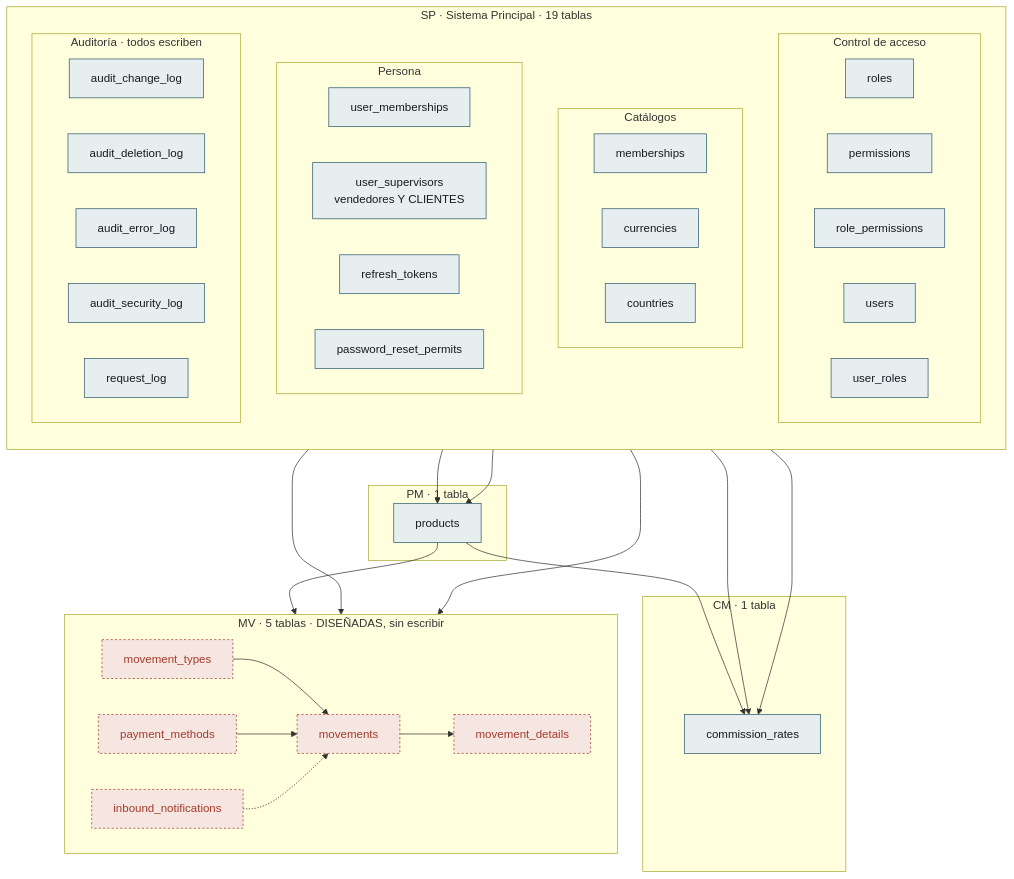
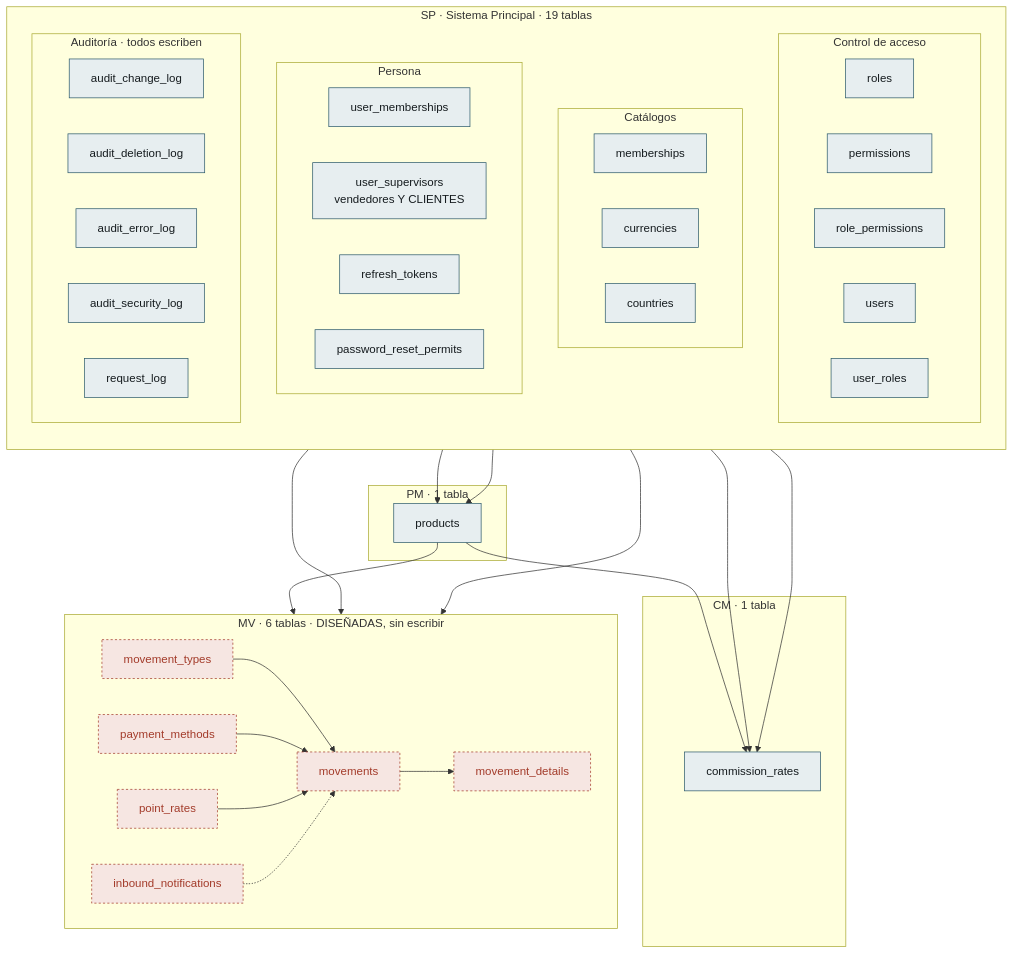
Before and after one commit to NexusPro-Dev/backend: the fifth of 5 diagrams in docs/modelo-datos.md, drawn with Mermaid. The commit also changed other lines of this file and 1 other file, not shown here.

````diff
--- a/docs/modelo-datos.md
+++ b/docs/modelo-datos.md
@@ -463,70 +477,72 @@
 ```mermaid
 flowchart TB
     subgraph SP["SP · Sistema Principal · 19 tablas"]
         direction TB
         subgraph ACC["Control de acceso"]
             direction LR
             A1["roles"]
             A2["permissions"]
             A3["role_permissions"]
             C1["users"]
             C2["user_roles"]
         end
         subgraph CAT["Catálogos"]
             direction LR
             A4["memberships"]
             A5["currencies"]
             A6["countries"]
         end
         subgraph PER["Persona"]
             direction LR
             C6["user_memberships"]
             C4["user_supervisors<br/>vendedores Y CLIENTES"]
             C3["refresh_tokens"]
             C5["password_reset_permits"]
         end
         subgraph AUD["Auditoría · todos escriben"]
             direction LR
             B1["audit_change_log"]
             B2["audit_deletion_log"]
             B3["audit_error_log"]
             B4["audit_security_log"]
             OBS["request_log"]
         end
     end
 
     subgraph PM["PM · 1 tabla"]
         P1["products"]
     end
 
     subgraph CM["CM · 1 tabla"]
         M1["commission_rates"]
     end
 
-    subgraph MV["MV · 5 tablas · DISEÑADAS, sin escribir"]
+    subgraph MV["MV · 6 tablas · DISEÑADAS, sin escribir"]
         direction LR
         V1["movement_types"]
         V2["movements"]
         V5["movement_details"]
         V3["payment_methods"]
+        V6["point_rates"]
         V4["inbound_notifications"]
     end
 
     A4 --> P1
     A5 --> P1
     A1 --> M1
     P1 --> M1
     C1 --> M1
     V2 --> V5
     P1 --> V5
     C1 --> V2
     A5 --> V2
     V1 --> V2
     V3 --> V2
+    V6 --> V2
     V4 -.-> V2
 
     classDef escrita fill:#e7eef0,stroke:#2d5a6b,color:#151b1e
     classDef disenada fill:#f6e6e2,stroke:#a33b2a,stroke-dasharray:3 3,color:#a33b2a
     class A1,A2,A3,A4,A5,A6,B1,B2,B3,B4,C1,C2,C3,C4,C5,C6,OBS,P1,M1 escrita
-    class V1,V2,V3,V4,V5 disenada
+    class V1,V2,V3,V4,V5,V6 disenada
 ```
````
